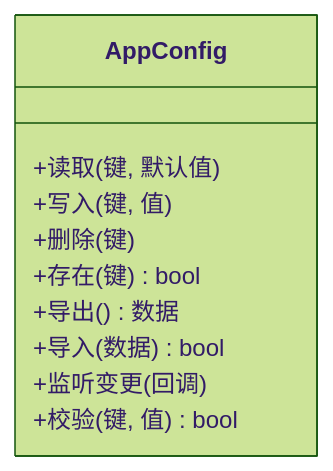
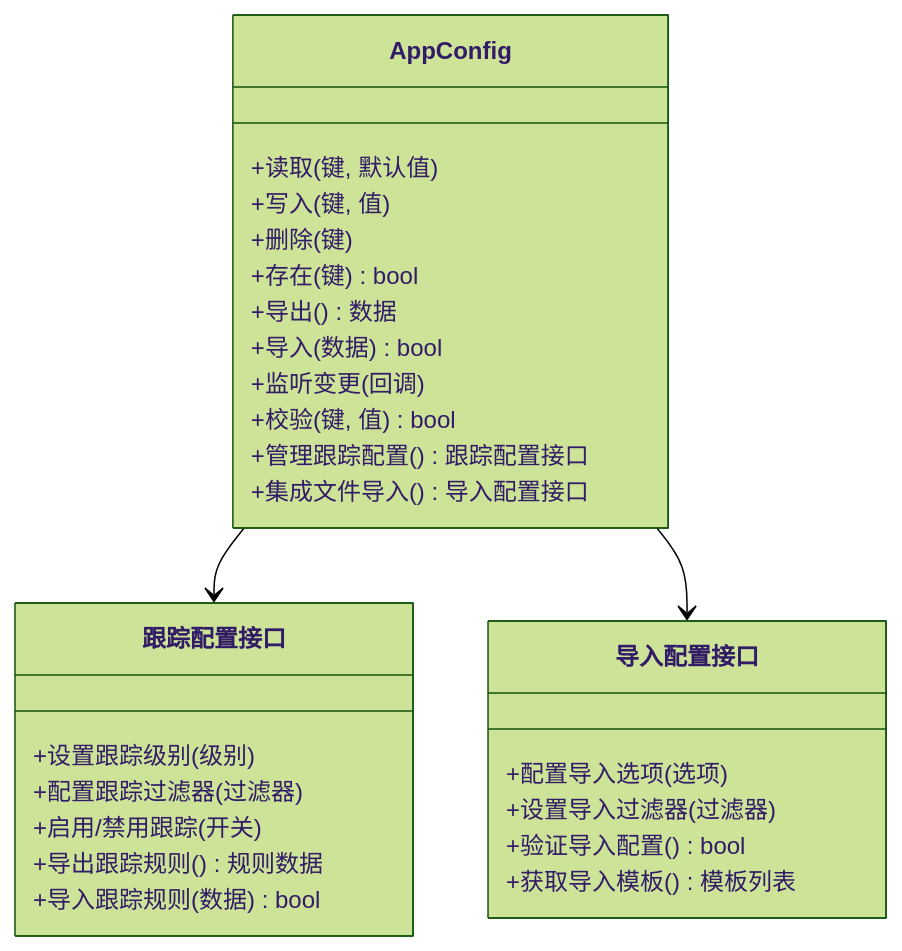
Before and after one commit to jakecai1225-design/OpenBus: the third of 6 diagrams in .qoder/repowiki/zh/content/核心模块详解/配置管理系统.md, drawn with Mermaid (forest theme). The commit also changed other lines of this file and 18 other files, not shown here.

````diff
--- a/.qoder/repowiki/zh/content/核心模块详解/配置管理系统.md
+++ b/.qoder/repowiki/zh/content/核心模块详解/配置管理系统.md
@@ -131,13 +155,30 @@
 ```mermaid
 classDiagram
 class AppConfig {
 +读取(键, 默认值)
 +写入(键, 值)
 +删除(键)
 +存在(键) bool
 +导出() 数据
 +导入(数据) bool
 +监听变更(回调)
 +校验(键, 值) bool
++管理跟踪配置() 跟踪配置接口
++集成文件导入() 导入配置接口
 }
+class 跟踪配置接口 {
++设置跟踪级别(级别)
++配置跟踪过滤器(过滤器)
++启用/禁用跟踪(开关)
++导出跟踪规则() 规则数据
++导入跟踪规则(数据) bool
+}
+class 导入配置接口 {
++配置导入选项(选项)
++设置导入过滤器(过滤器)
++验证导入配置() bool
++获取导入模板() 模板列表
+}
+AppConfig --> 跟踪配置接口
+AppConfig --> 导入配置接口
 ```
````
